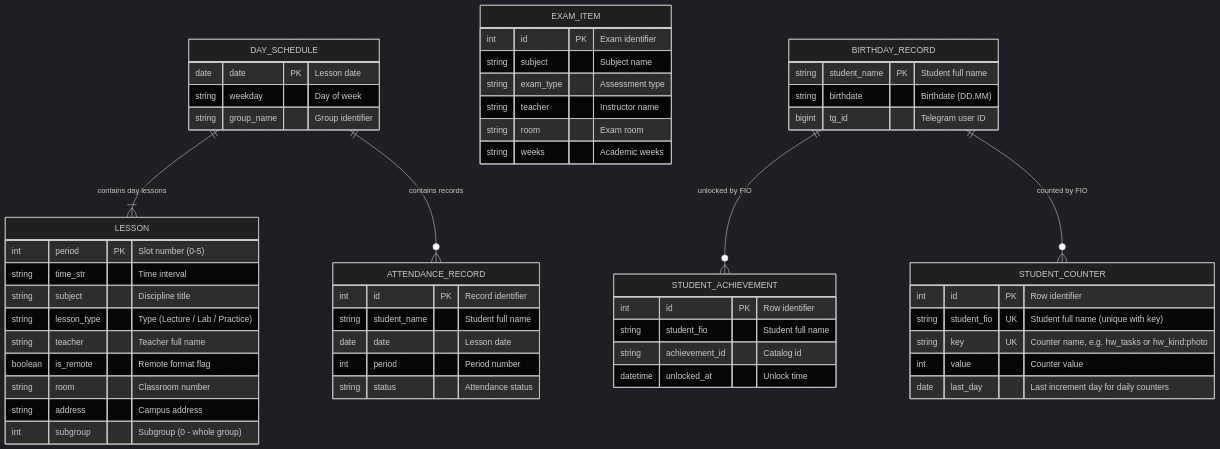
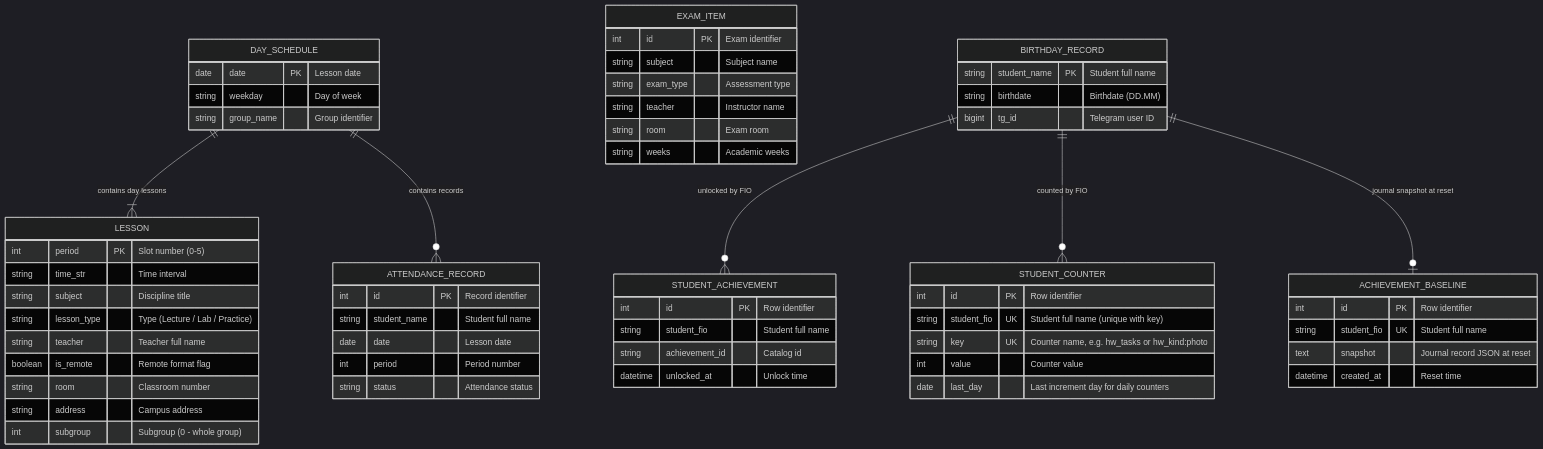
The eighth of 55 diagrams in docs/UML.md (Utkautka1/para), drawn with Mermaid (dark theme) before and after one commit. The commit also changed other lines of this file and 22 other files, not shown here.

First line of the commit message:
feat(gamification): reset achievements with a journal baseline

````diff
--- a/docs/UML.md
+++ b/docs/UML.md
@@ -810,64 +810,72 @@
 ```mermaid
 erDiagram
     DAY_SCHEDULE ||--|{ LESSON : "contains day lessons"
     DAY_SCHEDULE ||--o{ ATTENDANCE_RECORD : "contains records"
 
     DAY_SCHEDULE {
         date date PK "Lesson date"
         string weekday "Day of week"
         string group_name "Group identifier"
     }
 
     LESSON {
         int period PK "Slot number (0-5)"
         string time_str "Time interval"
         string subject "Discipline title"
         string lesson_type "Type (Lecture / Lab / Practice)"
         string teacher "Teacher full name"
         boolean is_remote "Remote format flag"
         string room "Classroom number"
         string address "Campus address"
         int subgroup "Subgroup (0 - whole group)"
     }
 
     ATTENDANCE_RECORD {
         int id PK "Record identifier"
         string student_name "Student full name"
         date date "Lesson date"
         int period "Period number"
         string status "Attendance status"
     }
 
     EXAM_ITEM {
         int id PK "Exam identifier"
         string subject "Subject name"
         string exam_type "Assessment type"
         string teacher "Instructor name"
         string room "Exam room"
         string weeks "Academic weeks"
     }
 
     BIRTHDAY_RECORD {
         string student_name PK "Student full name"
         string birthdate "Birthdate (DD.MM)"
         bigint tg_id "Telegram user ID"
     }
 
     BIRTHDAY_RECORD ||--o{ STUDENT_ACHIEVEMENT : "unlocked by FIO"
     BIRTHDAY_RECORD ||--o{ STUDENT_COUNTER : "counted by FIO"
+    BIRTHDAY_RECORD ||--o| ACHIEVEMENT_BASELINE : "journal snapshot at reset"
+
+    ACHIEVEMENT_BASELINE {
+        int id PK "Row identifier"
+        string student_fio UK "Student full name"
+        text snapshot "Journal record JSON at reset"
+        datetime created_at "Reset time"
+    }
 
     STUDENT_ACHIEVEMENT {
         int id PK "Row identifier"
         string student_fio "Student full name"
         string achievement_id "Catalog id"
         datetime unlocked_at "Unlock time"
     }
 
     STUDENT_COUNTER {
         int id PK "Row identifier"
         string student_fio UK "Student full name (unique with key)"
         string key UK "Counter name, e.g. hw_tasks or hw_kind:photo"
         int value "Counter value"
         date last_day "Last increment day for daily counters"
     }
 ```
````
